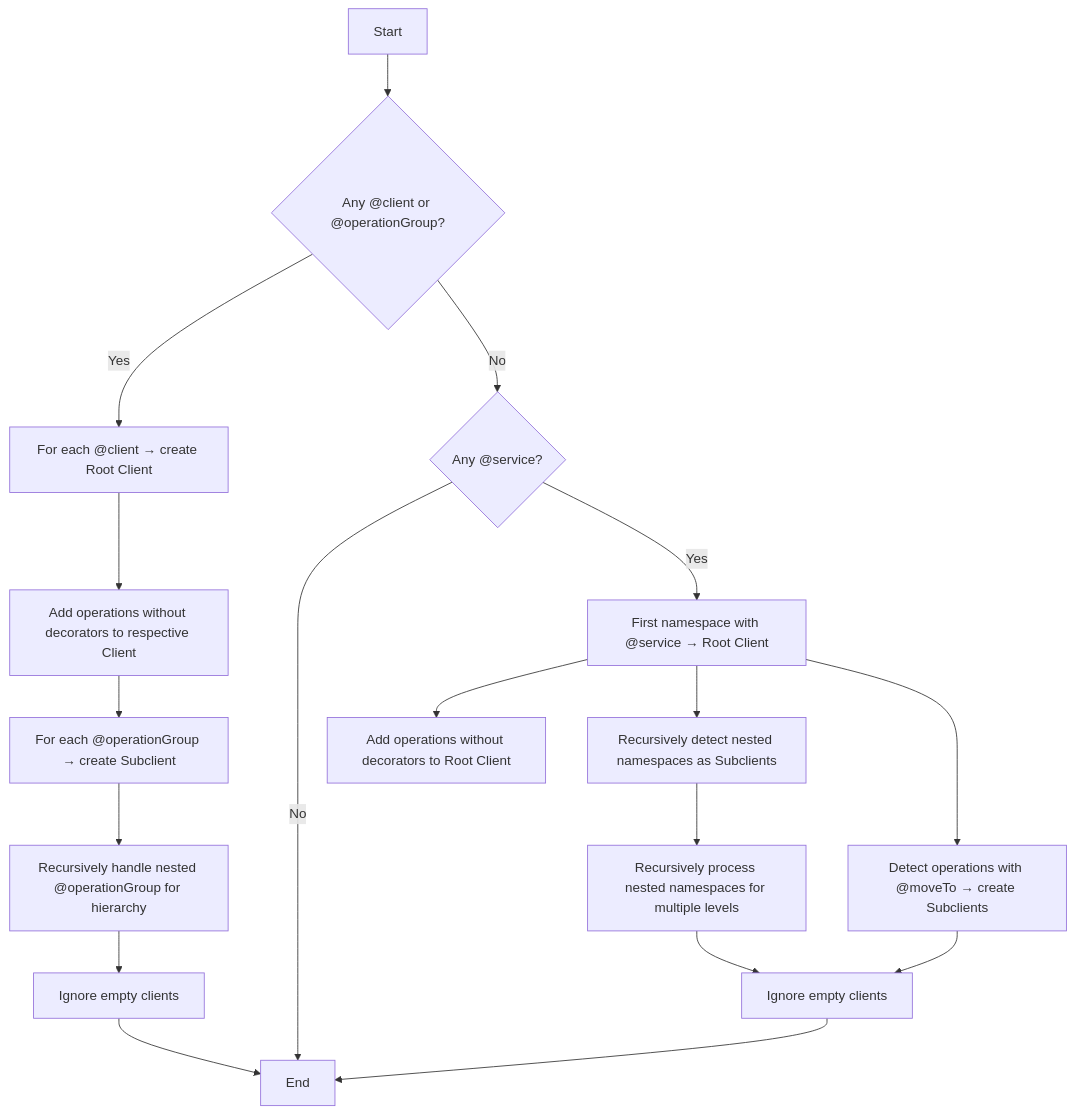
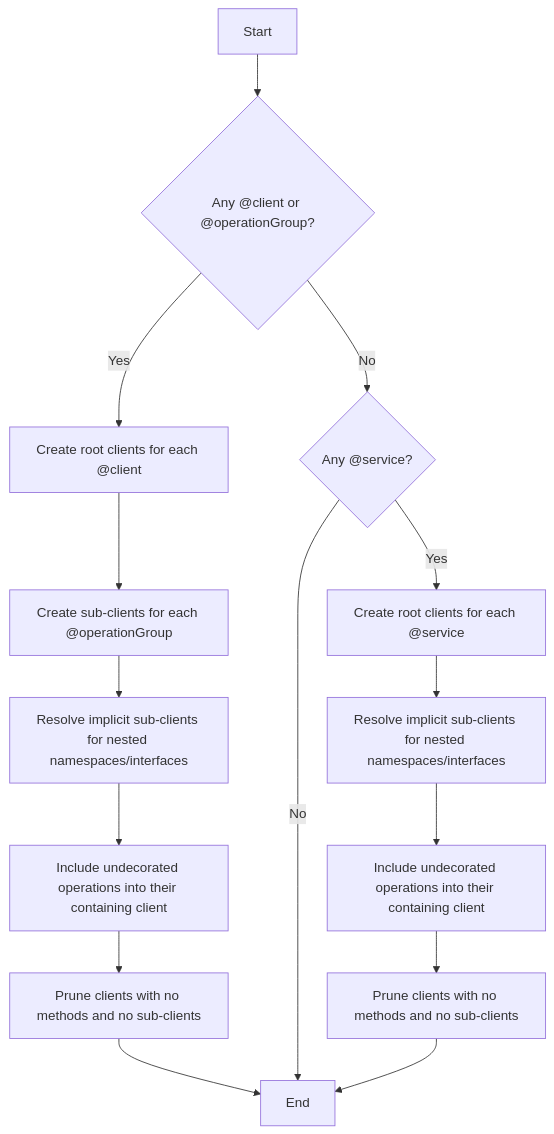
One commit to microsoft/typespec changed the diagram in packages/http-client/docs/conceptual/client-resolution.md. Above: the diagram before and after it, drawn with Mermaid. The commit also changed other lines of this file and 2 other files, not shown here.

Commit message:
Update tests and docs

````diff
--- a/packages/http-client/docs/conceptual/client-resolution.md
+++ b/packages/http-client/docs/conceptual/client-resolution.md
@@ -29,22 +31,19 @@
 ```mermaid
 flowchart TD
   A[Start] --> B{Any @client or @operationGroup?}
 
-  B -->|Yes| C[For each @client → create Root Client]
-  C --> D[Add operations without decorators to respective Client]
-  D --> E[For each @operationGroup → create Subclient]
-  E --> F[Recursively handle nested @operationGroup for hierarchy]
-  F --> G[Ignore empty clients]
-  G --> H[End]
+  B -->|Yes| C1[Create root clients for each @client]
+  C1 --> C2[Create sub-clients for each @operationGroup]
+  C2 --> C3[Resolve implicit sub-clients for nested namespaces/interfaces]
+  C3 --> C4[Include undecorated operations into their containing client]
+  C4 --> C5[Prune clients with no methods and no sub-clients]
+  C5 --> Z[End]
 
-  B -->|No| I{Any @service?}
-  I -->|No| H
-  I -->|Yes| J[First namespace with @service → Root Client]
-  J --> K[Add operations without decorators to Root Client]
-  J --> L[Recursively detect nested namespaces as Subclients]
-  J --> M[Detect operations with @moveTo → create Subclients]
-  L --> N[Recursively process nested namespaces for multiple levels]
-  M --> O[Ignore empty clients]
-  N --> O
-  O --> H
+  B -->|No| D{Any @service?}
+  D -->|No| Z
+  D -->|Yes| E1[Create root clients for each @service]
+  E1 --> E2[Resolve implicit sub-clients for nested namespaces/interfaces]
+  E2 --> E3[Include undecorated operations into their containing client]
+  E3 --> E4[Prune clients with no methods and no sub-clients]
+  E4 --> Z
 ```
````
